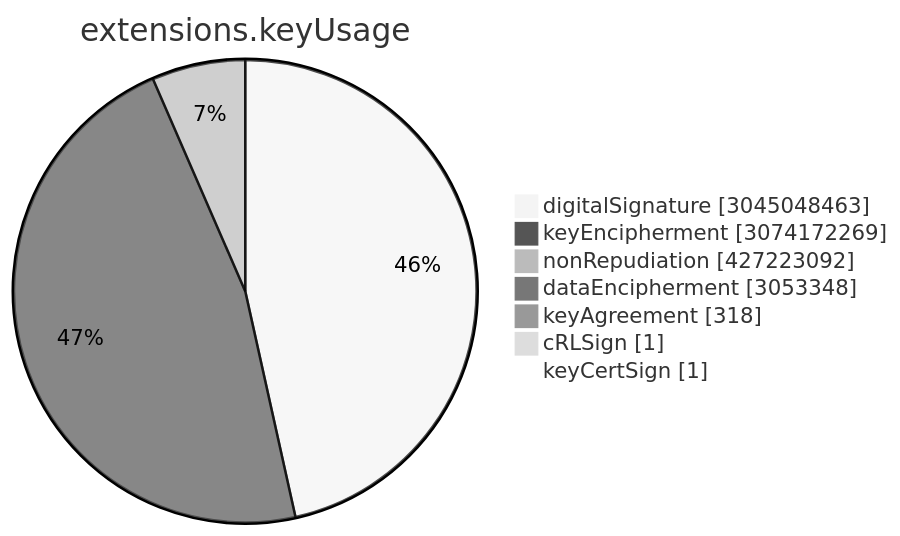
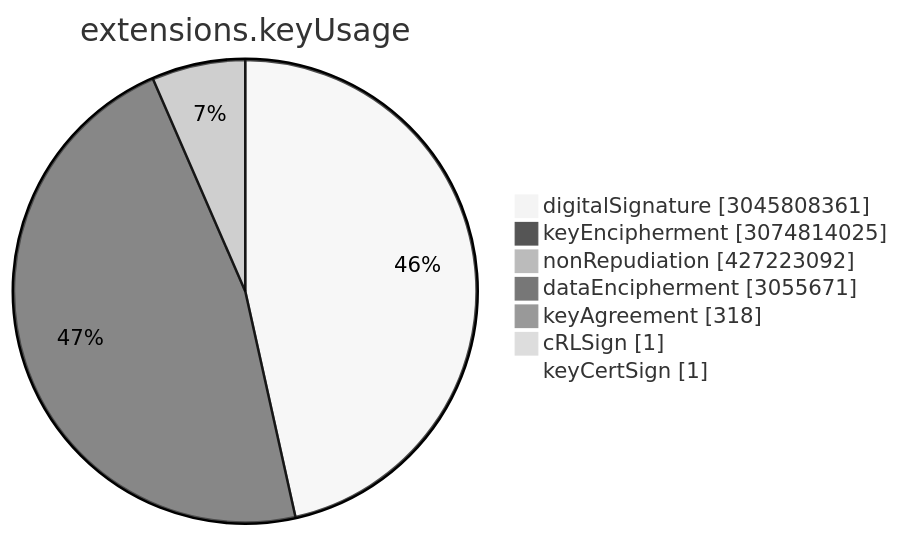
The sixth of 15 diagrams in TOTAL/README.md (christiankrug/ctmonitor_visualization), drawn with Mermaid (neutral theme) before and after one commit. The commit also changed other lines of this file, not shown here.

````diff
--- a/TOTAL/README.md
+++ b/TOTAL/README.md
@@ -3075,11 +3075,11 @@
 ```mermaid
 pie showData
 title extensions.keyUsage
-"digitalSignature" :3045048463
-"keyEncipherment" :3074172269
+"digitalSignature" :3045808361
+"keyEncipherment" :3074814025
 "nonRepudiation" :427223092
-"dataEncipherment" :3053348
+"dataEncipherment" :3055671
 "keyAgreement" :318
 "cRLSign" :1
 "keyCertSign" :1
 ```
````
